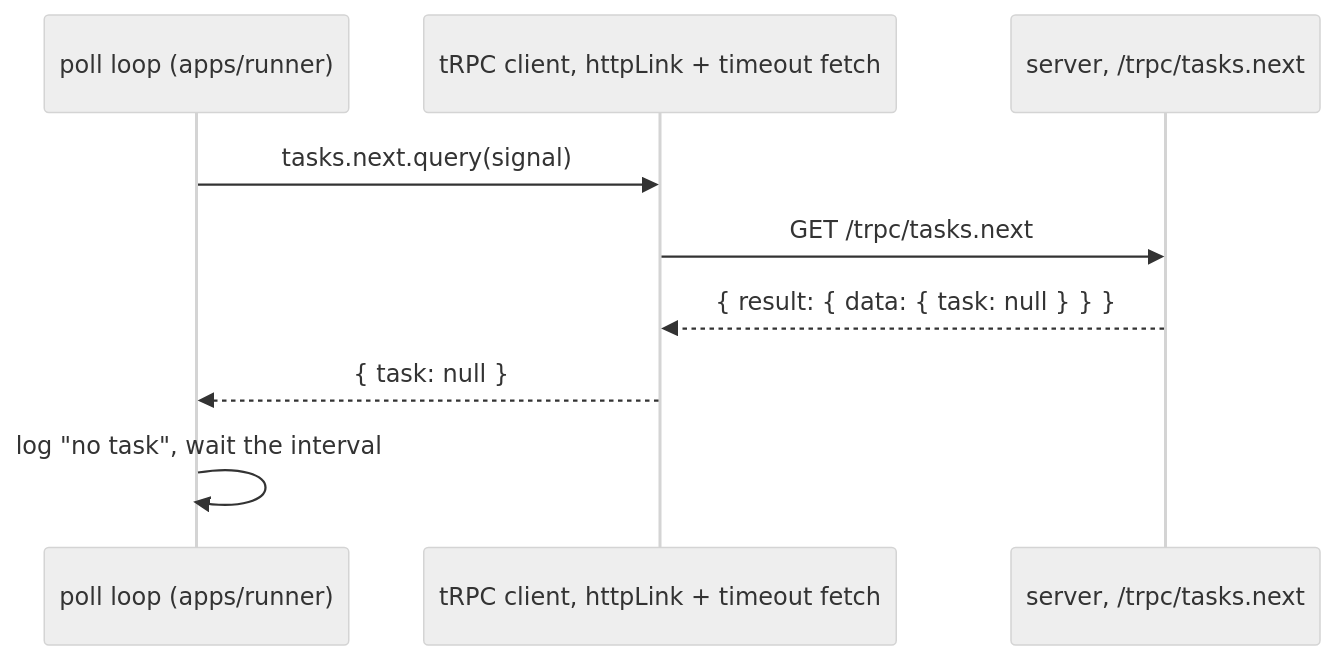
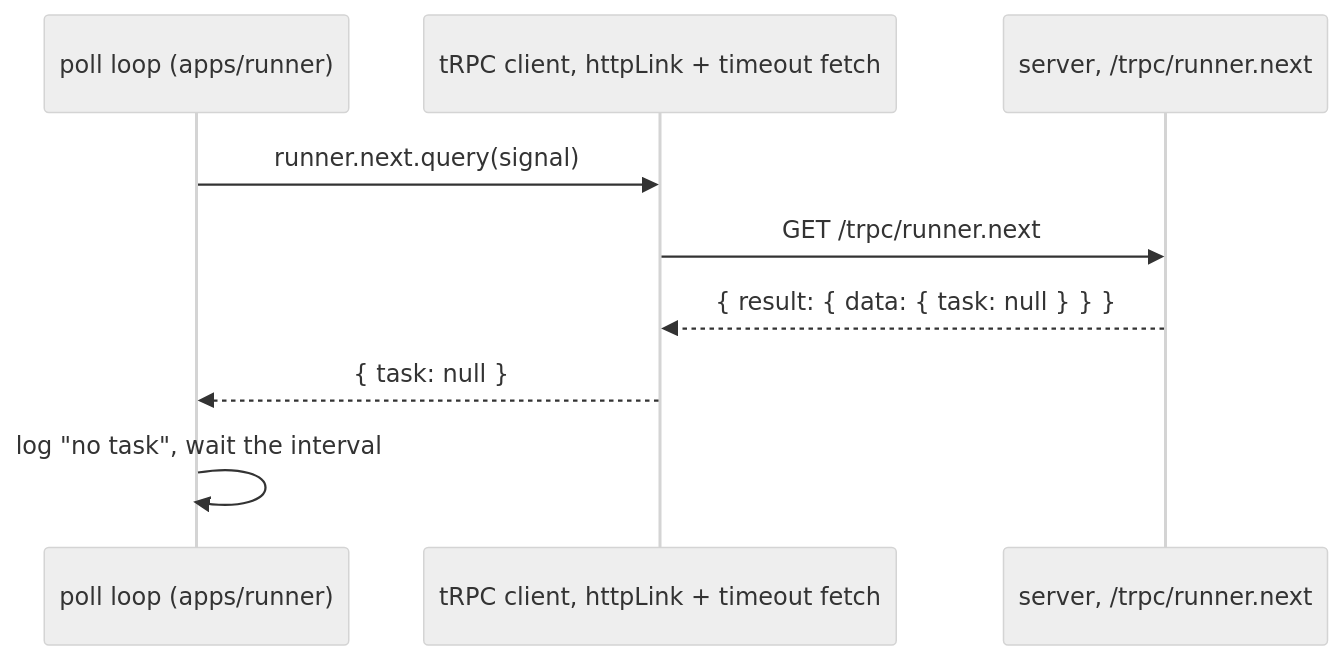
The second of 2 diagrams in .compound-engineering/artifacts/plans/2026-10-22-1802-feat-runner-asks-for-task-plan.md (thatsnotmynameio/sextou), drawn with Mermaid (neutral theme) before and after one commit. The commit also changed other lines of this file and 4 other files, not shown here.

First line of the commit message:
fix(review): one behavior per runner test, and runner.next in the plan

````diff
--- a/.compound-engineering/artifacts/plans/2026-10-22-1802-feat-runner-asks-for-task-plan.md
+++ b/.compound-engineering/artifacts/plans/2026-10-22-1802-feat-runner-asks-for-task-plan.md
@@ -134,11 +134,11 @@
 ```mermaid
 sequenceDiagram
   participant L as poll loop (apps/runner)
   participant C as tRPC client, httpLink + timeout fetch
-  participant S as server, /trpc/tasks.next
-  L->>C: tasks.next.query(signal)
-  C->>S: GET /trpc/tasks.next
+  participant S as server, /trpc/runner.next
+  L->>C: runner.next.query(signal)
+  C->>S: GET /trpc/runner.next
   S-->>C: { result: { data: { task: null } } }
   C-->>L: { task: null }
   L->>L: log "no task", wait the interval
 ```
````
